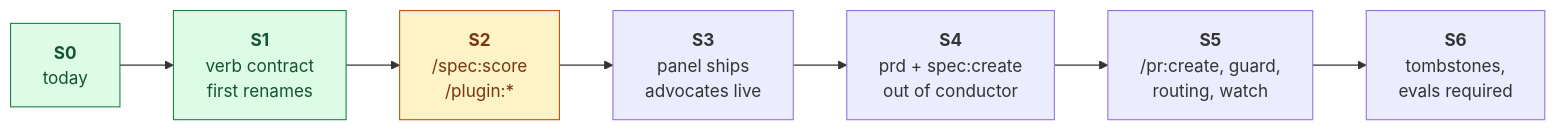
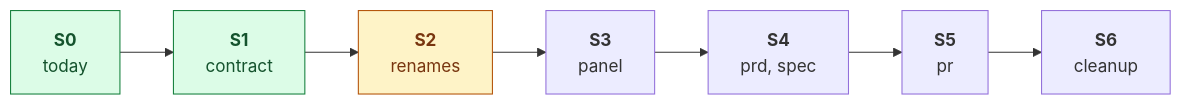
One commit to escote-tatari/mintlify-poc changed the third of 9 diagrams in tech-specs/aif-epic-restructure.mdx. Above: the diagram before and after it, drawn with Mermaid. The commit also changed other lines of this file, not shown here.

First line of the commit message:
Tech spec: tighten charts, verb table and diagrams for page width

````diff
--- a/tech-specs/aif-epic-restructure.mdx
+++ b/tech-specs/aif-epic-restructure.mdx
@@ -265,13 +274,13 @@
 ```mermaid
 flowchart LR
-    S0["<b>S0</b><br/>today"] --> S1["<b>S1</b><br/>verb contract<br/>first renames"]
-    S1 --> S2["<b>S2</b><br/>/spec:score<br/>/plugin:*"]
-    S2 --> S3["<b>S3</b><br/>panel ships<br/>advocates live"]
-    S3 --> S4["<b>S4</b><br/>prd + spec:create<br/>out of conductor"]
-    S4 --> S5["<b>S5</b><br/>/pr:create, guard,<br/>routing, watch"]
-    S5 --> S6["<b>S6</b><br/>tombstones,<br/>evals required"]
+    S0["<b>S0</b><br/>today"] --> S1["<b>S1</b><br/>contract"]
+    S1 --> S2["<b>S2</b><br/>renames"]
+    S2 --> S3["<b>S3</b><br/>panel"]
+    S3 --> S4["<b>S4</b><br/>prd, spec"]
+    S4 --> S5["<b>S5</b><br/>pr"]
+    S5 --> S6["<b>S6</b><br/>cleanup"]
     classDef done fill:#dcfce7,stroke:#15803d,color:#14532d
     classDef now fill:#fef3c7,stroke:#b45309,color:#78350f
     class S0,S1 done
     class S2 now
 ```
````
